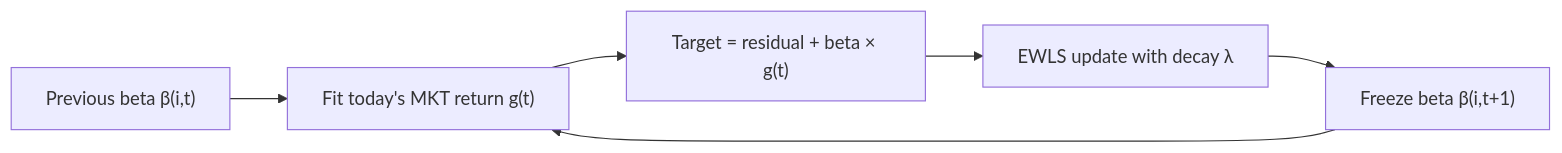
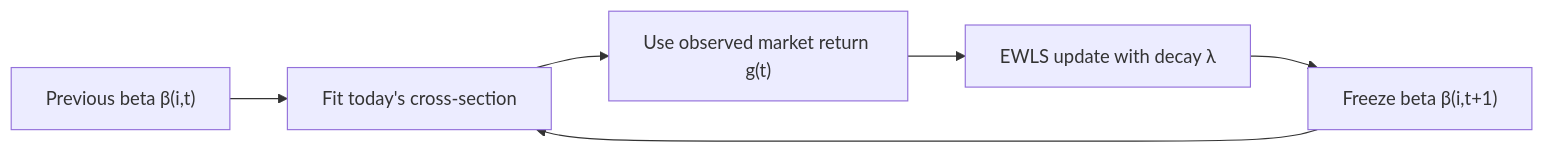
The first of 2 diagrams in site/walkthrough.qmd (jylin/resid2), drawn with Mermaid before and after one commit. The commit also changed other lines of this file and 11 other files, not shown here.

````diff
--- a/site/walkthrough.qmd
+++ b/site/walkthrough.qmd
@@ -80,8 +86,8 @@
 ```{mermaid}
 flowchart LR
-    prior["Previous beta β(i,t)"] --> fit["Fit today's MKT return g(t)"]
-    fit --> target["Target = residual + beta × g(t)"]
+    prior["Previous beta β(i,t)"] --> fit["Fit today's cross-section"]
+    fit --> target["Use observed market return g(t)"]
     target --> update["EWLS update with decay λ"]
     update --> next["Freeze beta β(i,t+1)"]
     next --> fit
 ```
````
